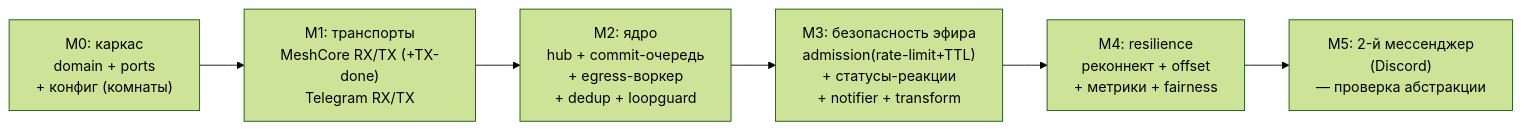
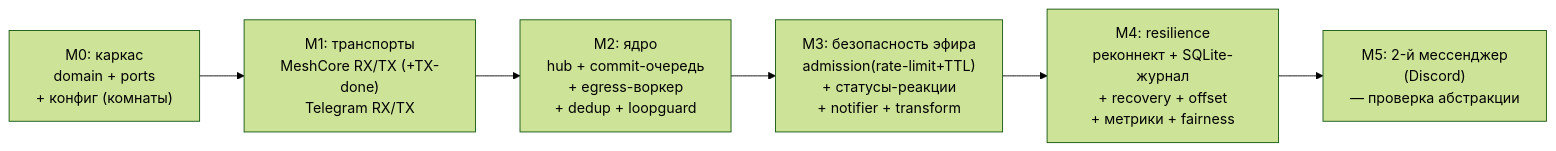
One commit to Flexlug/LoRa-Bridge changed diagram 11 of 11 in docs/ARCHITECTURE.md. Above: the diagram before and after it, drawn with Mermaid (forest theme). The commit also changed other lines of this file, not shown here.

First line of the commit message:
docs: persistence & restart recovery via SQLite write-ahead journal

````diff
--- a/docs/ARCHITECTURE.md
+++ b/docs/ARCHITECTURE.md
@@ -784,9 +845,9 @@
 ```mermaid
 flowchart LR
     M0["M0: каркас\ndomain + ports\n+ конфиг (комнаты)"] --> M1
     M1["M1: транспорты\nMeshCore RX/TX (+TX-done)\nTelegram RX/TX"] --> M2
     M2["M2: ядро\nhub + commit-очередь\n+ egress-воркер\n+ dedup + loopguard"] --> M3
     M3["M3: безопасность эфира\nadmission(rate-limit+TTL)\n+ статусы-реакции\n+ notifier + transform"] --> M4
-    M4["M4: resilience\nреконнект + offset\n+ метрики + fairness"] --> M5
+    M4["M4: resilience\nреконнект + SQLite-журнал\n+ recovery + offset\n+ метрики + fairness"] --> M5
     M5["M5: 2-й мессенджер\n(Discord)\n— проверка абстракции"]
 ```
````
